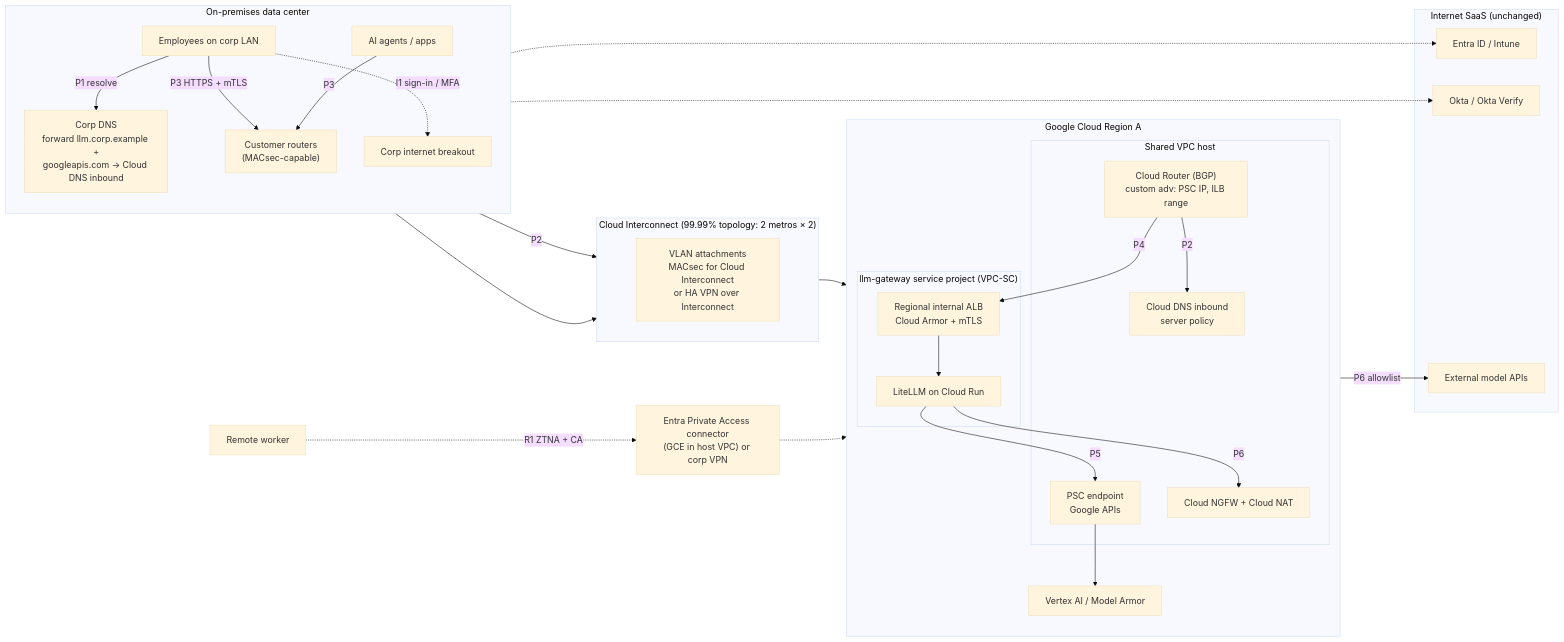
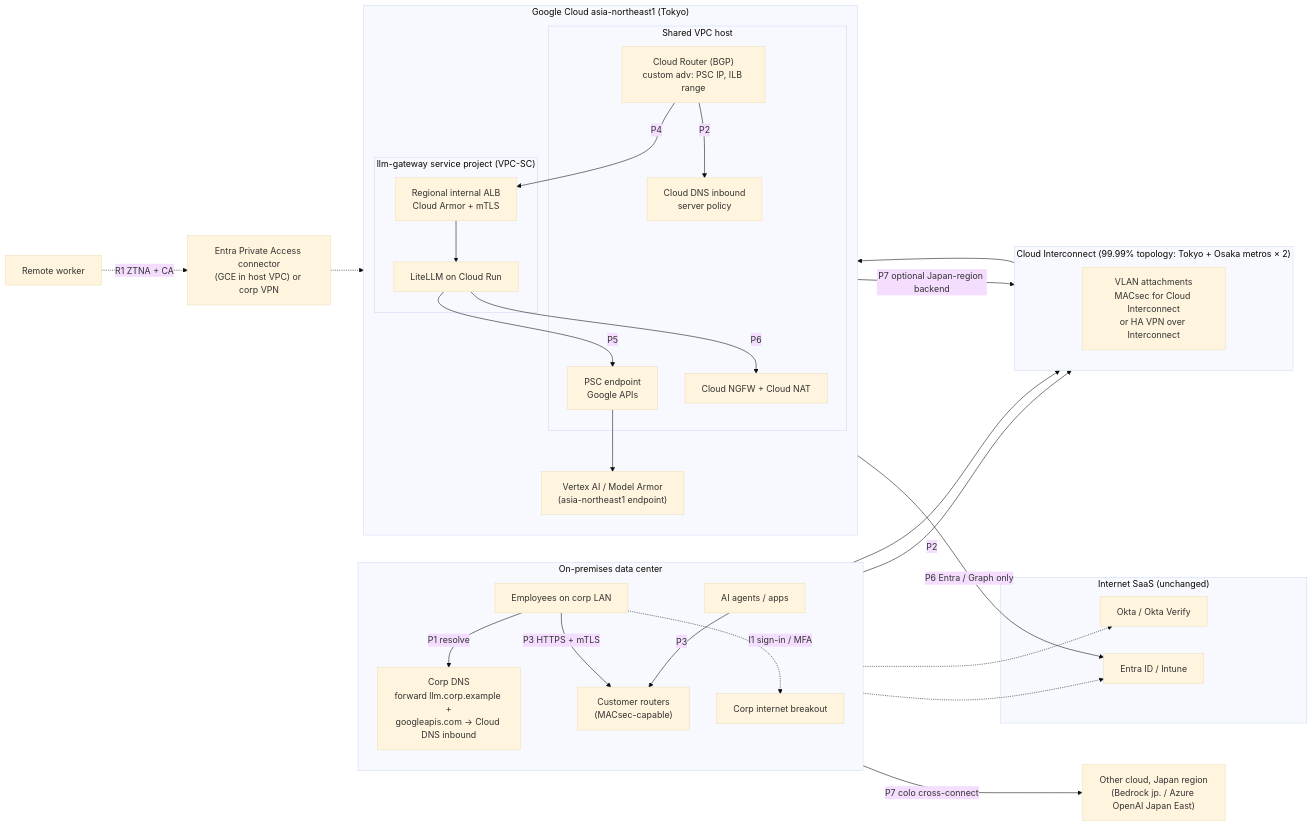
One commit to minddrop/llm-gateway-comparison changed the third of 5 diagrams in docs/en/07-private-connectivity.md. Above: the diagram before and after it, drawn with Mermaid (base theme). The commit also changed other lines of this file and 18 other files, not shown here.

````diff
--- a/docs/en/07-private-connectivity.md
+++ b/docs/en/07-private-connectivity.md
@@ -159,54 +163,56 @@
 ```mermaid
 flowchart LR
     subgraph ONP["On-premises data center"]
         direction TB
         UOP["Employees on corp LAN"]
         AGOP["AI agents / apps"]
         ODNS["Corp DNS<br/>forward llm.corp.example +<br/>googleapis.com → Cloud DNS inbound"]
         CER["Customer routers<br/>(MACsec-capable)"]
         INET["Corp internet breakout"]
     end
 
-    subgraph IC["Cloud Interconnect (99.99% topology: 2 metros × 2)"]
+    subgraph IC["Cloud Interconnect (99.99% topology: Tokyo + Osaka metros × 2)"]
         direction TB
         VLAN["VLAN attachments<br/>MACsec for Cloud Interconnect<br/>or HA VPN over Interconnect"]
     end
 
-    subgraph GCPR["Google Cloud Region A"]
+    subgraph GCPR["Google Cloud asia-northeast1 (Tokyo)"]
         direction TB
         subgraph HOSTP["Shared VPC host"]
             CR["Cloud Router (BGP)<br/>custom adv: PSC IP, ILB range"]
             DNSIN["Cloud DNS inbound<br/>server policy"]
             PSC["PSC endpoint<br/>Google APIs"]
             NAT["Cloud NGFW + Cloud NAT"]
         end
         subgraph SVCP["llm-gateway service project (VPC-SC)"]
             ILB["Regional internal ALB<br/>Cloud Armor + mTLS"]
             RUN["LiteLLM on Cloud Run"]
         end
-        VTX["Vertex AI / Model Armor"]
+        VTX["Vertex AI / Model Armor<br/>(asia-northeast1 endpoint)"]
     end
 
     subgraph SAAS["Internet SaaS (unchanged)"]
         ENTRA["Entra ID / Intune"]
         OKTA["Okta / Okta Verify"]
-        EXT["External model APIs"]
     end
 
+    XC["Other cloud, Japan region<br/>(Bedrock jp. / Azure OpenAI Japan East)"]
     REM["Remote worker"]
     ZT["Entra Private Access connector<br/>(GCE in host VPC) or corp VPN"]
 
     UOP -->|"P1 resolve"| ODNS -->|"P2"| VLAN
     VLAN --> CR -->|"P2"| DNSIN
     UOP -->|"P3 HTTPS + mTLS"| CER
     AGOP -->|"P3"| CER
     CER --> VLAN
     CR -->|"P4"| ILB --> RUN
     RUN -->|"P5"| PSC --> VTX
-    RUN -->|"P6"| NAT -->|"P6 allowlist"| EXT
+    RUN -->|"P6"| NAT -->|"P6 Entra / Graph only"| ENTRA
+    CR -->|"P7 optional Japan-region backend"| VLAN
+    CER -->|"P7 colo cross-connect"| XC
     UOP -.->|"I1 sign-in / MFA"| INET
     INET -.-> ENTRA
     INET -.-> OKTA
     REM -.->|"R1 ZTNA + CA"| ZT
     ZT -.-> ILB
 ```
````
